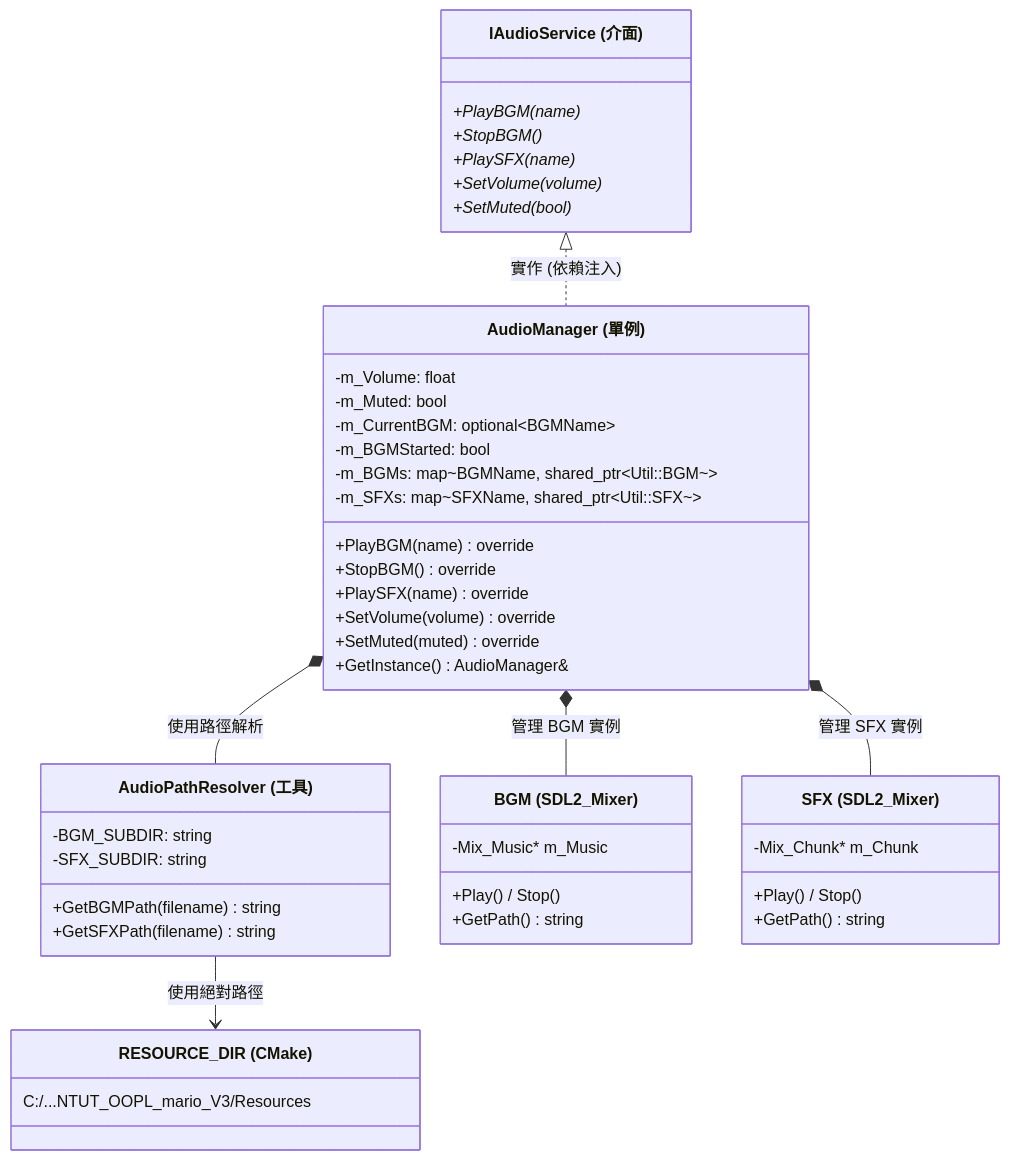
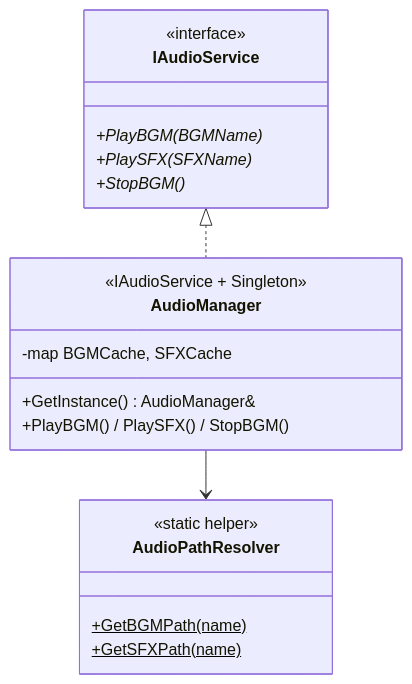
The fourth of 6 diagrams in Constructure.md (Andy87877/NTUT_OOPL_mario), drawn with Mermaid before and after one commit. The commit also changed other lines of this file and 26 other files, not shown here.

````diff
--- a/Constructure.md
+++ b/Constructure.md
@@ -1974,57 +229,25 @@
 ```mermaid
 classDiagram
     direction TB
 
-    class IAudioService["IAudioService (介面)"] {
-        +PlayBGM(name)*
+    class IAudioService {
+        <<interface>>
+        +PlayBGM(BGMName)*
+        +PlaySFX(SFXName)*
         +StopBGM()*
-        +PlaySFX(name)*
-        +SetVolume(volume)*
-        +SetMuted(bool)*
+    }
+    class AudioManager {
+        <<IAudioService + Singleton>>
+        -map BGMCache, SFXCache
+        +GetInstance() AudioManager&
+        +PlayBGM() / PlaySFX() / StopBGM()
+    }
+    class AudioPathResolver {
+        <<static helper>>
+        +GetBGMPath(name)$
+        +GetSFXPath(name)$
     }
 
-    class AudioManager["AudioManager (單例)"] {
-        -m_Volume: float
-        -m_Muted: bool
-        -m_CurrentBGM: optional~BGMName~
-        -m_BGMStarted: bool
-        -m_BGMs: map~BGMName, shared_ptr~Util::BGM~~
-        -m_SFXs: map~SFXName, shared_ptr~Util::SFX~~
-        +PlayBGM(name) override
-        +StopBGM() override
-        +PlaySFX(name) override
-        +SetVolume(volume) override
-        +SetMuted(muted) override
-        +GetInstance() AudioManager&
-    }
-
-    class AudioPathResolver["AudioPathResolver (工具)"] {
-        -BGM_SUBDIR: string
-        -SFX_SUBDIR: string
-        +GetBGMPath(filename) string
-        +GetSFXPath(filename) string
-    }
-
-    class BGMType["BGM (SDL2_Mixer)"] {
-        -Mix_Music* m_Music
-        +Play() / Stop()
-        +GetPath() string
-    }
-
-    class SFXType["SFX (SDL2_Mixer)"] {
-        -Mix_Chunk* m_Chunk
-        +Play() / Stop()
-        +GetPath() string
-    }
-
-    class ResourceDir["RESOURCE_DIR (CMake)"] {
-        C:/...NTUT_OOPL_mario_V3/Resources
-    }
-
-    %% 繼承與組合
-    IAudioService <|.. AudioManager : 實作 (依賴注入)
-    AudioManager *-- AudioPathResolver : 使用路徑解析
-    AudioManager *-- BGMType : 管理 BGM 實例
-    AudioManager *-- SFXType : 管理 SFX 實例
-    AudioPathResolver --> ResourceDir : 使用絕對路徑
+    IAudioService <|.. AudioManager
+    AudioManager --> AudioPathResolver
 ```
````
